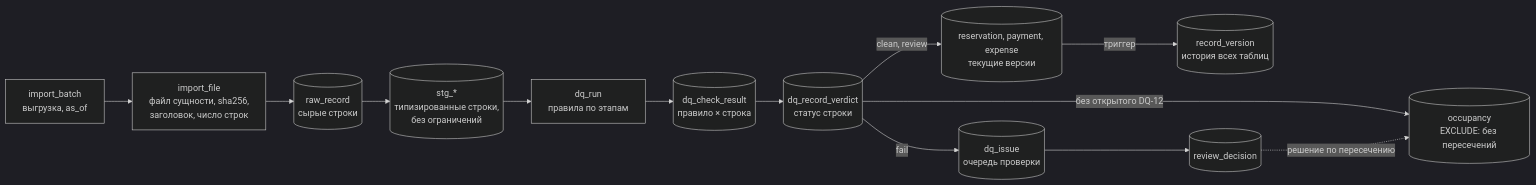
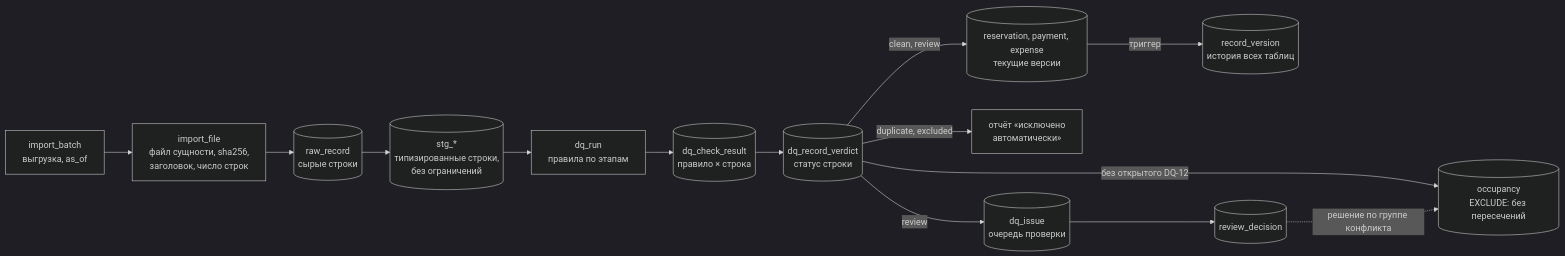
One commit to ProjectINT/business-system changed the diagram in docs/VALIDATION_PLAN.md. Above: the diagram before and after it, drawn with Mermaid (dark theme). The commit also changed other lines of this file and 1 other file, not shown here.

````diff
--- a/docs/VALIDATION_PLAN.md
+++ b/docs/VALIDATION_PLAN.md
@@ -18,15 +20,16 @@
 ```mermaid
 flowchart LR
   B["import_batch<br/>выгрузка, as_of"] --> F["import_file<br/>файл сущности, sha256,<br/>заголовок, число строк"]
   F --> RAW[("raw_record<br/>сырые строки")]
   RAW --> STG[("stg_*<br/>типизированные строки,<br/>без ограничений")]
   STG --> RUN["dq_run<br/>правила по этапам"]
   RUN --> LOG[("dq_check_result<br/>правило × строка")]
   LOG --> VER[("dq_record_verdict<br/>статус строки")]
   VER -->|"clean, review"| CORE[("reservation, payment, expense<br/>текущие версии")]
   CORE -->|"триггер"| HIST[("record_version<br/>история всех таблиц")]
   VER -->|"без открытого DQ-12"| OCC[("occupancy<br/>EXCLUDE: без пересечений")]
-  VER -->|"fail"| ISS[("dq_issue<br/>очередь проверки")]
+  VER -->|"duplicate, excluded"| AUTO["отчёт «исключено<br/>автоматически»"]
+  VER -->|"review"| ISS[("dq_issue<br/>очередь проверки")]
   ISS --> DEC[("review_decision")]
-  DEC -.->|"решение по пересечению"| OCC
+  DEC -.->|"решение по группе конфликта"| OCC
 ```
````
